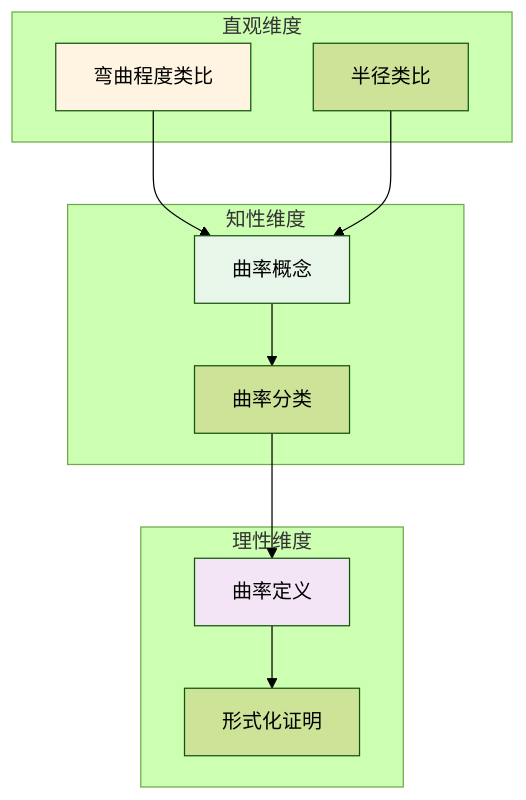
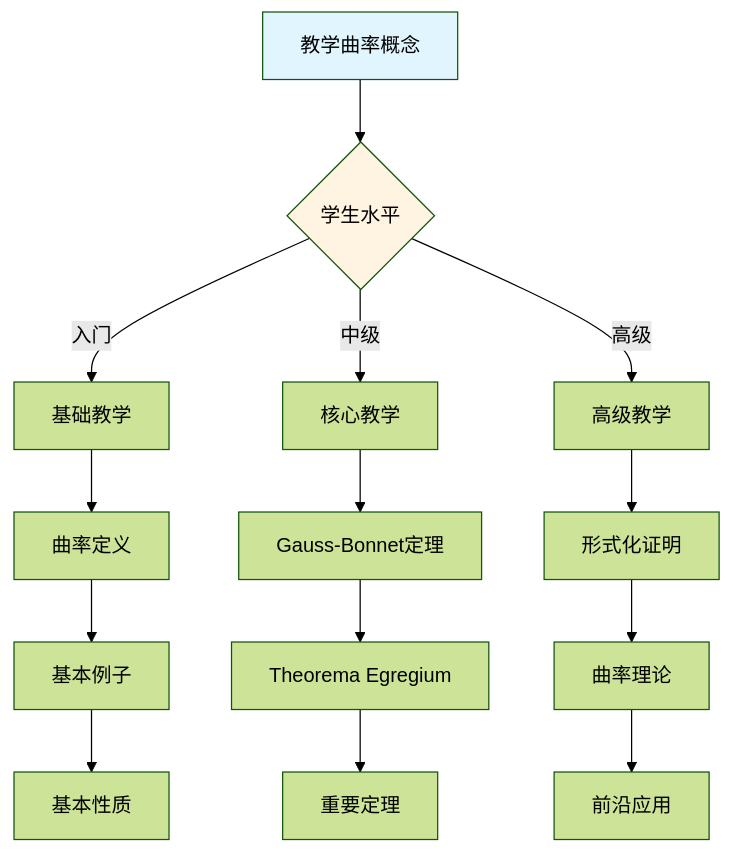
Before and after one commit to AdaMartin18010/FormalMath: diagram 11 of 11 in concept/核心概念/20-曲率.md, drawn with Mermaid (forest theme). The commit also changed other lines of this file and 4793 other files, not shown here.

````diff
--- a/concept/核心概念/20-曲率.md
+++ b/concept/核心概念/20-曲率.md
@@ -791,27 +2493,22 @@
 ```mermaid
-graph TB
-    subgraph 直观维度
-        A1[弯曲程度类比]
-        A2[半径类比]
-    end
+graph TD
+    A[教学曲率概念] --> B{学生水平}
+    B -->|入门| C[基础教学]
+    B -->|中级| D[核心教学]
+    B -->|高级| E[高级教学]
 
-    subgraph 知性维度
-        B1[曲率概念]
-        B2[曲率分类]
-    end
+    C --> C1[曲率定义]
+    C1 --> C2[基本例子]
+    C2 --> C3[基本性质]
 
-    subgraph 理性维度
-        C1[曲率定义]
-        C2[形式化证明]
-    end
+    D --> D1[Gauss-Bonnet定理]
+    D1 --> D2[Theorema Egregium]
+    D2 --> D3[重要定理]
 
-    A1 --> B1
-    A2 --> B1
-    B1 --> B2
-    B2 --> C1
-    C1 --> C2
+    E --> E1[形式化证明]
+    E1 --> E2[曲率理论]
+    E2 --> E3[前沿应用]
 
-    style A1 fill:#fff4e1
-    style B1 fill:#e8f5e9
-    style C1 fill:#f3e5f5
+    style A fill:#e1f5ff
+    style B fill:#fff4e1
 ```
````
